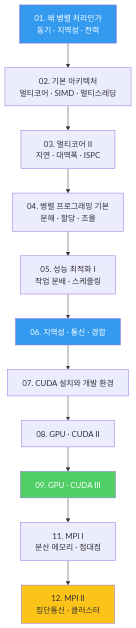
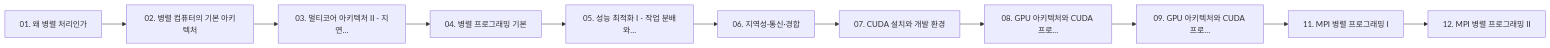
Before and after one commit to umyunsang/edu: the diagram in ComputerScience/04_systems-infrastructure/parallel-distributed-computing/README.md, drawn with Mermaid. The commit also changed other lines of this file and 38 other files, not shown here.

````diff
--- a/ComputerScience/04_systems-infrastructure/parallel-distributed-computing/README.md
+++ b/ComputerScience/04_systems-infrastructure/parallel-distributed-computing/README.md
@@ -30,18 +23,24 @@
 ```mermaid
-flowchart TD
-    N01["01. 왜 병렬 처리인가<br/>동기 · 지역성 · 전력"] --> N02["02. 기본 아키텍처<br/>멀티코어 · SIMD · 멀티스레딩"]
-    N02 --> N03["03. 멀티코어 II<br/>지연 · 대역폭 · ISPC"]
-    N03 --> N04["04. 병렬 프로그래밍 기본<br/>분해 · 할당 · 조율"]
-    N04 --> N05["05. 성능 최적화 I<br/>작업 분배 · 스케줄링"]
-    N05 --> N06["06. 지역성 · 통신 · 경합"]
-    N06 --> N07["07. CUDA 설치와 개발 환경"]
-    N07 --> N08["08. GPU · CUDA II"]
-    N08 --> N09["09. GPU · CUDA III"]
-    N09 --> N11["11. MPI I<br/>분산 메모리 · 점대점"]
-    N11 --> N12["12. MPI II<br/>집단통신 · 클러스터"]
-
-    style N01 fill:#339af0,color:#fff
-    style N06 fill:#339af0,color:#fff
-    style N09 fill:#51cf66,color:#fff
-    style N12 fill:#fcc419,color:#333
+flowchart LR
+    N0["01. 왜 병렬 처리인가"]
+    N1["02. 병렬 컴퓨터의 기본 아키텍처"]
+    N2["03. 멀티코어 아키텍처 II - 지연…"]
+    N3["04. 병렬 프로그래밍 기본"]
+    N4["05. 성능 최적화 I - 작업 분배와…"]
+    N5["06. 지역성·통신·경합"]
+    N6["07. CUDA 설치와 개발 환경"]
+    N7["08. GPU 아키텍처와 CUDA 프로…"]
+    N8["09. GPU 아키텍처와 CUDA 프로…"]
+    N9["11. MPI 병렬 프로그래밍 I"]
+    N10["12. MPI 병렬 프로그래밍 II"]
+    N0 --> N1
+    N1 --> N2
+    N2 --> N3
+    N3 --> N4
+    N4 --> N5
+    N5 --> N6
+    N6 --> N7
+    N7 --> N8
+    N8 --> N9
+    N9 --> N10
 ```
````
